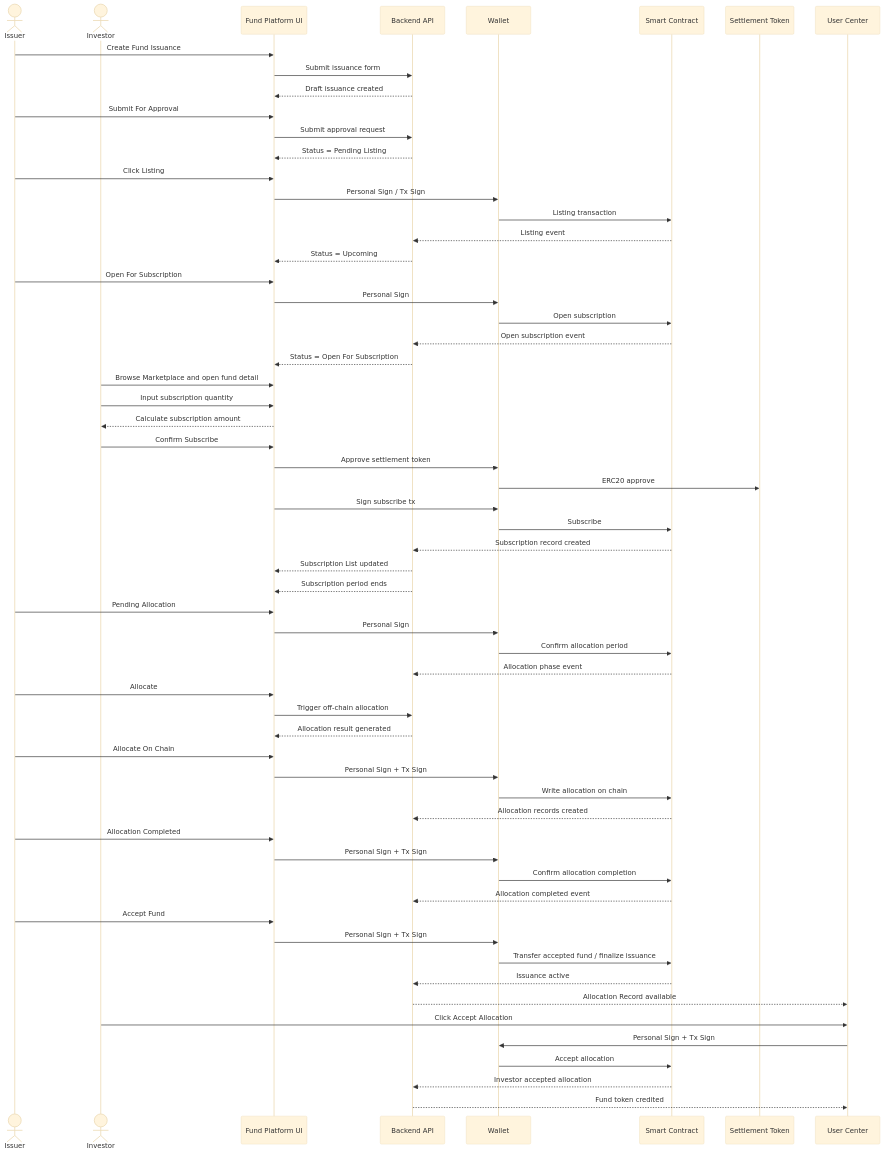
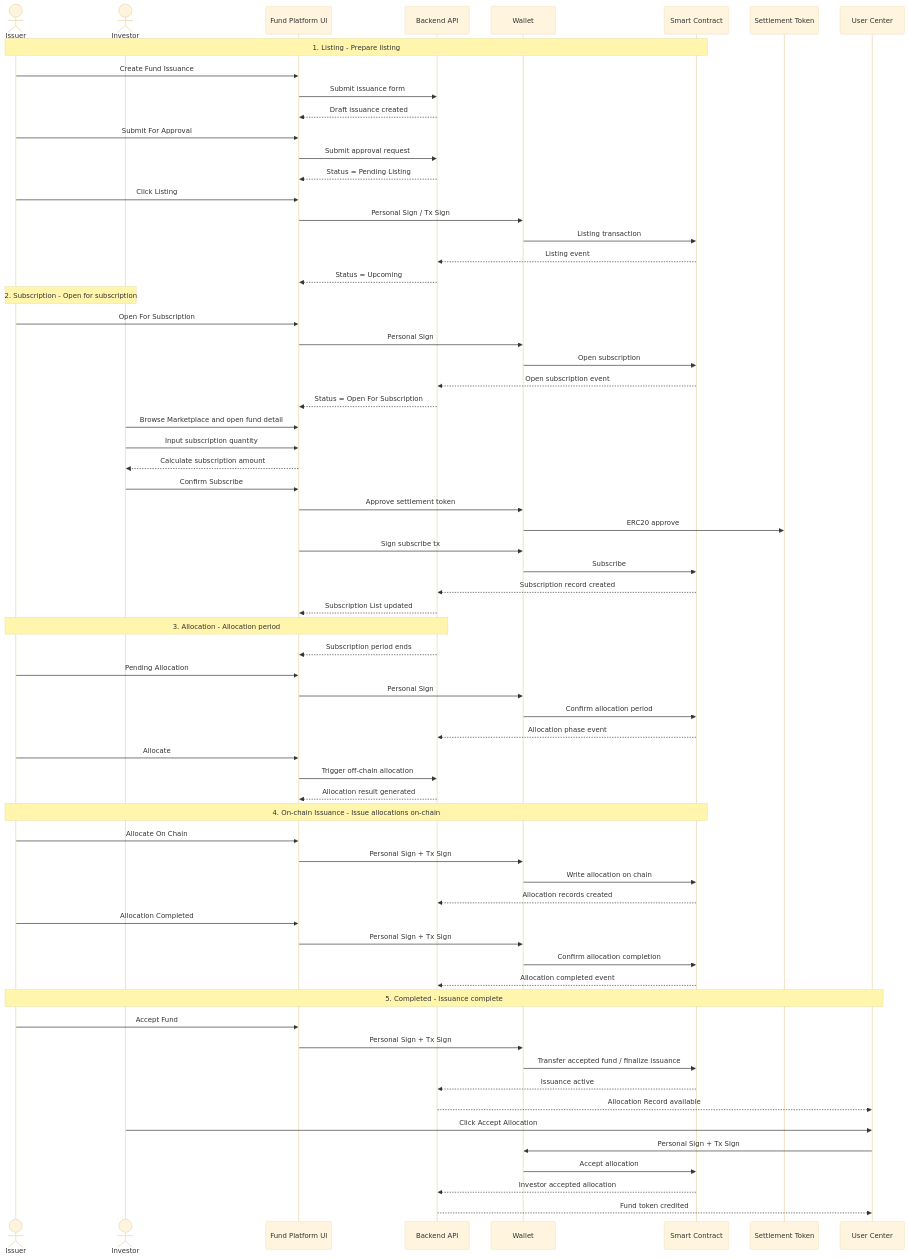
One commit to JohnLiuSCIE/fund-rwa-demo changed the second of 4 diagrams in TICKET — Fund RWA 发行平台 全流程 UI.md. Above: the diagram before and after it, drawn with Mermaid (base theme). The commit also changed other lines of this file and 3 other files, not shown here.

Commit message:
Align fund workflow sequence diagrams

````diff
--- a/TICKET — Fund RWA 发行平台 全流程 UI.md
+++ b/TICKET — Fund RWA 发行平台 全流程 UI.md
@@ -1259,74 +1259,79 @@
 ```mermaid
 sequenceDiagram
     actor Issuer as Issuer
     actor Investor as Investor
     participant UI as Fund Platform UI
     participant API as Backend API
     participant Wallet as Wallet
     participant SC as Smart Contract
     participant Stable as Settlement Token
     participant User as User Center
 
+    Note over Issuer,SC: 1. Listing - Prepare listing
     Issuer->>UI: Create Fund Issuance
     UI->>API: Submit issuance form
     API-->>UI: Draft issuance created
 
     Issuer->>UI: Submit For Approval
     UI->>API: Submit approval request
     API-->>UI: Status = Pending Listing
 
     Issuer->>UI: Click Listing
     UI->>Wallet: Personal Sign / Tx Sign
     Wallet->>SC: Listing transaction
     SC-->>API: Listing event
     API-->>UI: Status = Upcoming
 
+    Note over Issuer,Investor: 2. Subscription - Open for subscription
     Issuer->>UI: Open For Subscription
     UI->>Wallet: Personal Sign
     Wallet->>SC: Open subscription
     SC-->>API: Open subscription event
     API-->>UI: Status = Open For Subscription
 
     Investor->>UI: Browse Marketplace and open fund detail
     Investor->>UI: Input subscription quantity
     UI-->>Investor: Calculate subscription amount
     Investor->>UI: Confirm Subscribe
     UI->>Wallet: Approve settlement token
     Wallet->>Stable: ERC20 approve
     UI->>Wallet: Sign subscribe tx
     Wallet->>SC: Subscribe
     SC-->>API: Subscription record created
     API-->>UI: Subscription List updated
 
+    Note over Issuer,API: 3. Allocation - Allocation period
     API-->>UI: Subscription period ends
     Issuer->>UI: Pending Allocation
     UI->>Wallet: Personal Sign
     Wallet->>SC: Confirm allocation period
     SC-->>API: Allocation phase event
 
     Issuer->>UI: Allocate
     UI->>API: Trigger off-chain allocation
     API-->>UI: Allocation result generated
 
+    Note over Issuer,SC: 4. On-chain Issuance - Issue allocations on-chain
     Issuer->>UI: Allocate On Chain
     UI->>Wallet: Personal Sign + Tx Sign
     Wallet->>SC: Write allocation on chain
     SC-->>API: Allocation records created
 
     Issuer->>UI: Allocation Completed
     UI->>Wallet: Personal Sign + Tx Sign
     Wallet->>SC: Confirm allocation completion
     SC-->>API: Allocation completed event
 
+    Note over Issuer,User: 5. Completed - Issuance complete
     Issuer->>UI: Accept Fund
     UI->>Wallet: Personal Sign + Tx Sign
     Wallet->>SC: Transfer accepted fund / finalize issuance
     SC-->>API: Issuance active
 
     API-->>User: Allocation Record available
     Investor->>User: Click Accept Allocation
     User->>Wallet: Personal Sign + Tx Sign
     Wallet->>SC: Accept allocation
     SC-->>API: Investor accepted allocation
     API-->>User: Fund token credited
 ```
````
